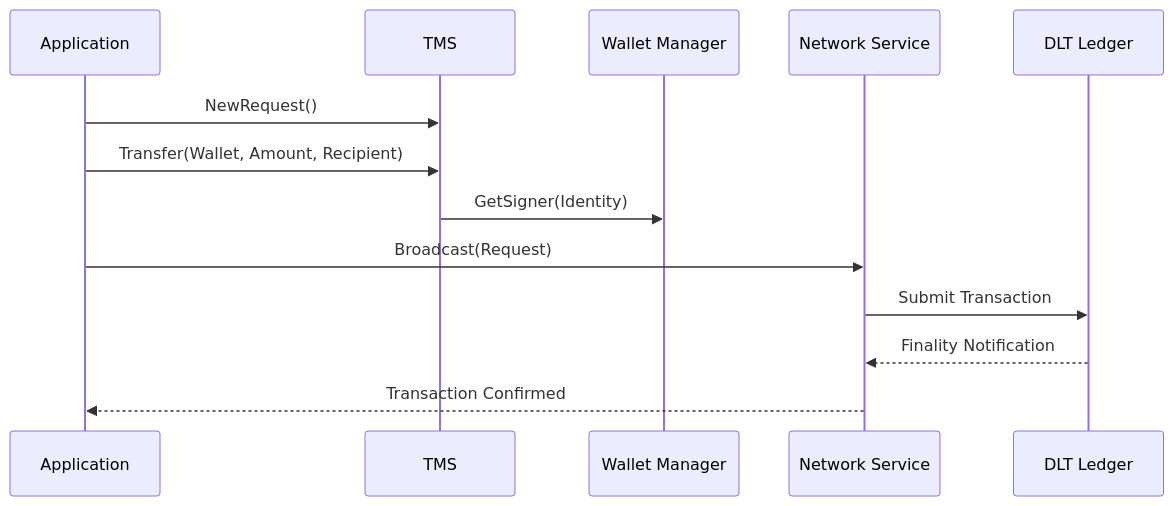
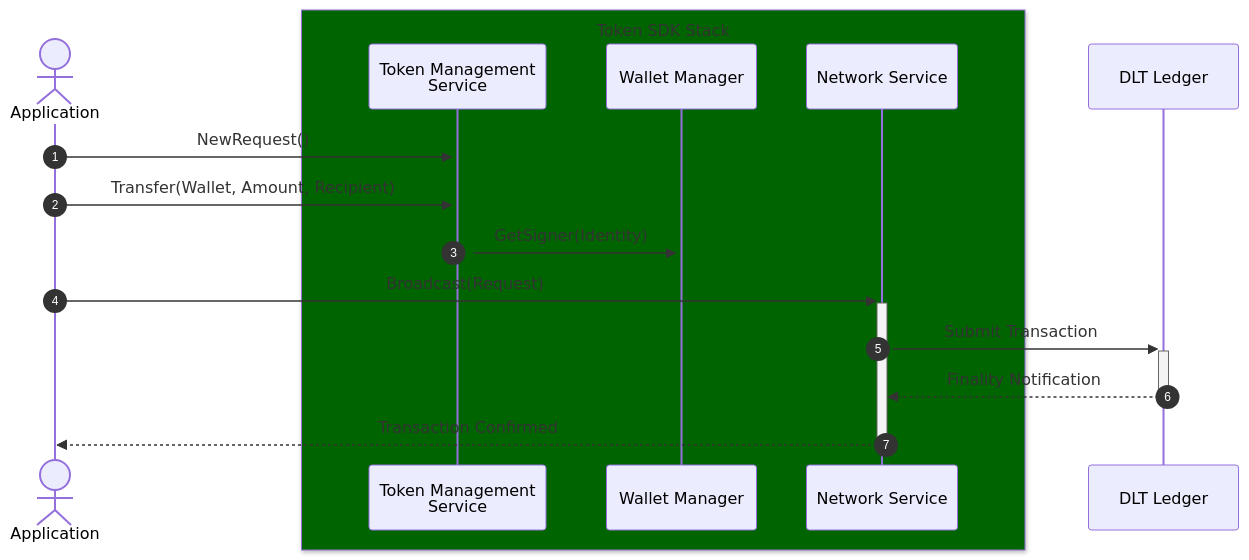
One commit to hyperledger-labs/fabric-token-sdk changed the second of 2 diagrams in docs/tokenapi.md. Above: the diagram before and after it, drawn with Mermaid. The commit also changed 5 other files, not shown here.

````diff
--- a/docs/tokenapi.md
+++ b/docs/tokenapi.md
@@ -70,16 +70,23 @@
 ```mermaid
 sequenceDiagram
-    participant App as Application
-    participant TMS as TMS
+    autonumber
+    actor App as Application
+    participant TMS as Token Management<br/>Service
     participant WM as Wallet Manager
     participant NS as Network Service
     participant Ledger as DLT Ledger
 
-    App->>TMS: NewRequest()
-    App->>TMS: Transfer(Wallet, Amount, Recipient)
-    TMS->>WM: GetSigner(Identity)
-    App->>NS: Broadcast(Request)
-    NS->>Ledger: Submit Transaction
-    Ledger-->>NS: Finality Notification
-    NS-->>App: Transaction Confirmed
+    box darkgreen Token SDK Stack
+        participant TMS
+        participant WM
+        participant NS
+    end
+
+    App->>+TMS: NewRequest()
+    App->>+TMS: Transfer(Wallet, Amount, Recipient)
+    TMS->>+WM: GetSigner(Identity)
+    App->>+NS: Broadcast(Request)
+    NS->>+Ledger: Submit Transaction
+    Ledger-->>-NS: Finality Notification
+    NS-->>-App: Transaction Confirmed
 ```
````
